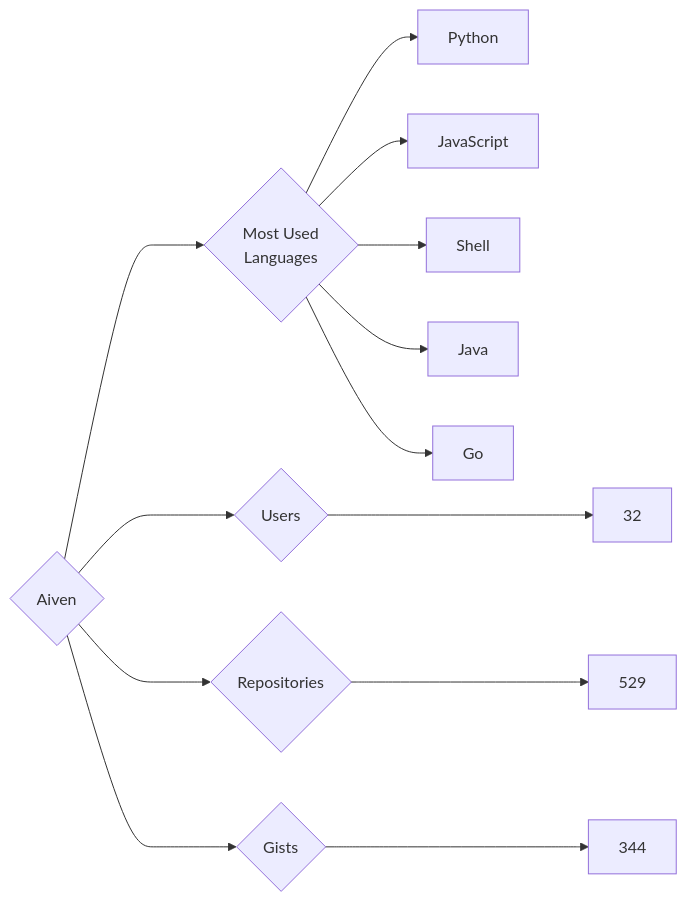
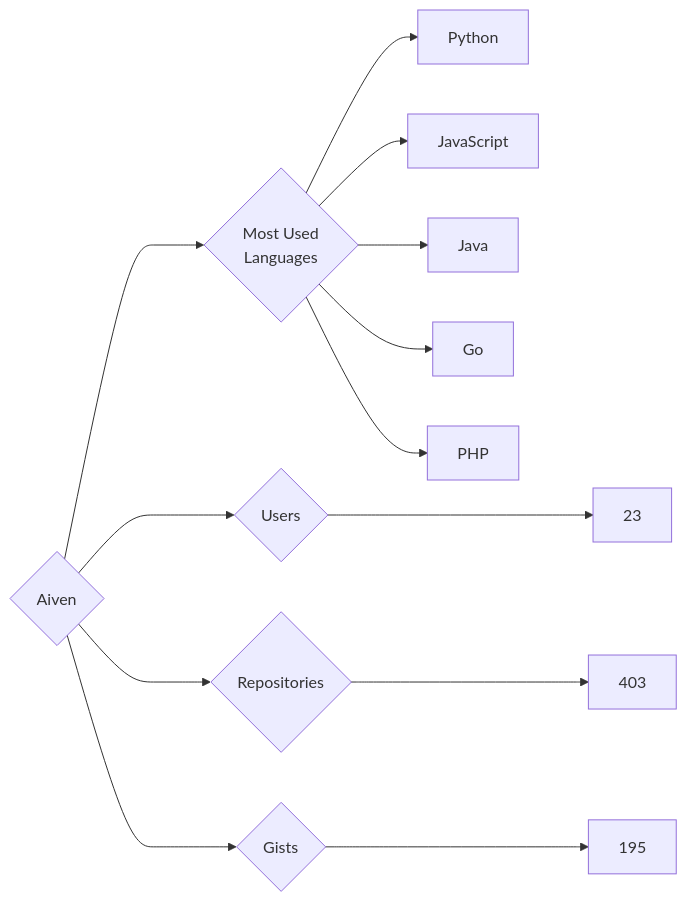
One commit to trickest/insiders changed the diagram in targets/Aiven/README.md. Above: the diagram before and after it, drawn with Mermaid. The commit also changed 870 other files, not shown here.

````diff
--- a/targets/Aiven/README.md
+++ b/targets/Aiven/README.md
@@ -3,13 +3,13 @@
 ```mermaid
 graph LR
 COMPANY_NAME{Aiven}
-COMPANY_NAME ---> U{Users} ---> UN[32]
-COMPANY_NAME ---> R{Repositories} ---> RN[529]
-COMPANY_NAME ---> G{Gists} ---> GN[344]
+COMPANY_NAME ---> U{Users} ---> UN[23]
+COMPANY_NAME ---> R{Repositories} ---> RN[403]
+COMPANY_NAME ---> G{Gists} ---> GN[195]
 COMPANY_NAME ---> ML{Most Used<br>Languages}
 ML --> Python[Python]
 ML --> JavaScript[JavaScript]
-ML --> Shell[Shell]
 ML --> Java[Java]
 ML --> Go[Go]
+ML --> PHP[PHP]
 ```
````
